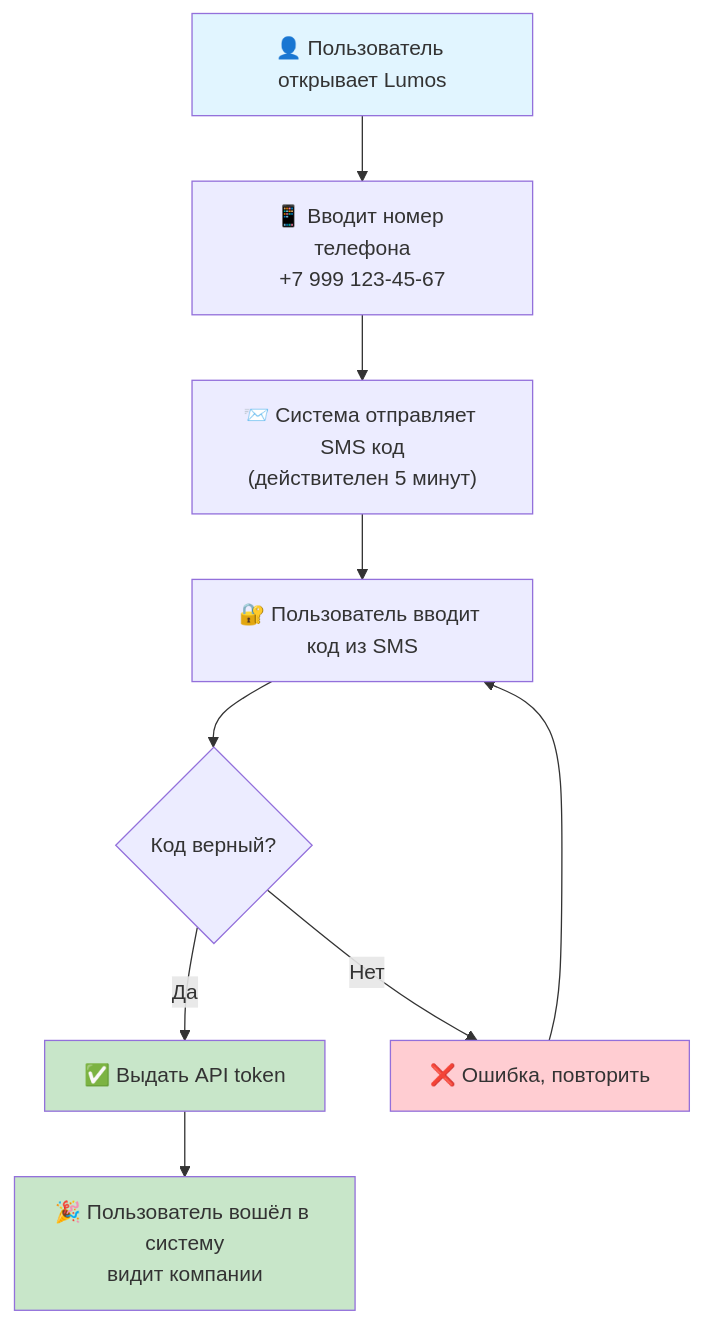
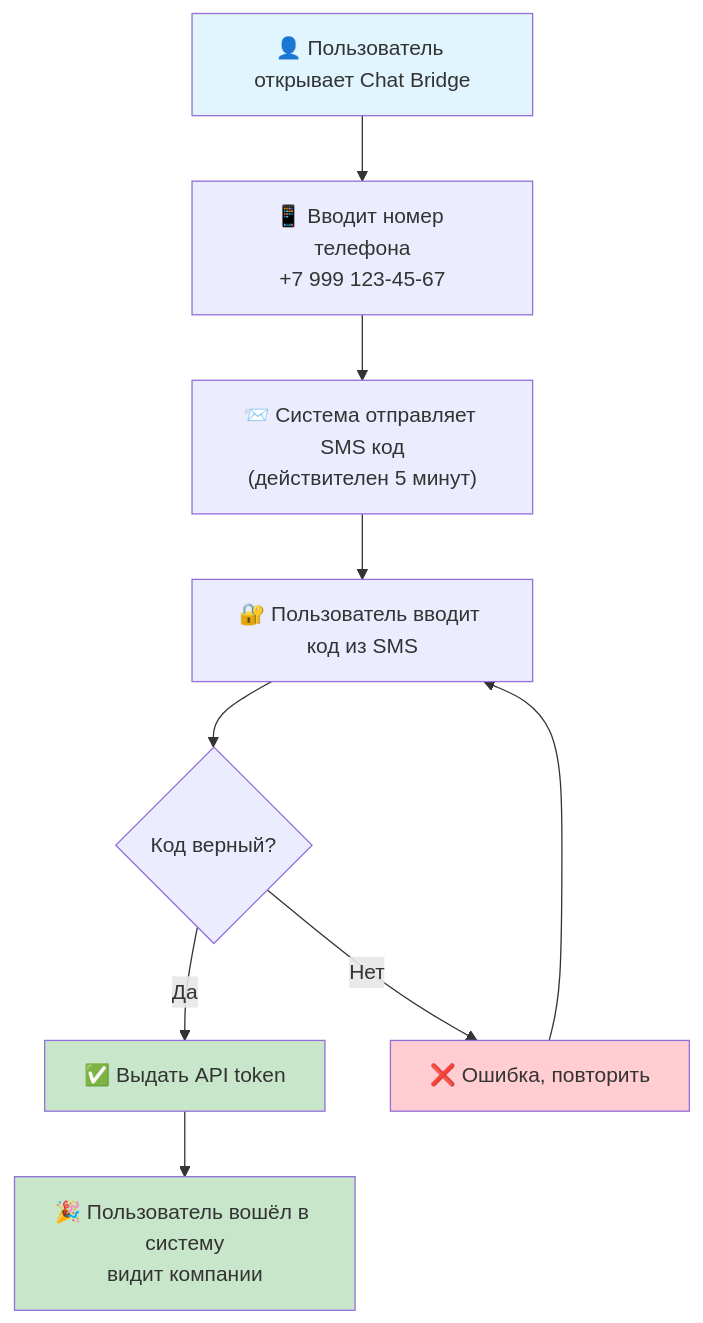
The first of 9 diagrams in diagrammy-i-skhemy.mdx (mcandylab/mintlify-docs), drawn with Mermaid before and after one commit. The commit also changed other lines of this file, not shown here.

````diff
--- a/diagrammy-i-skhemy.mdx
+++ b/diagrammy-i-skhemy.mdx
@@ -9,16 +8,16 @@
 ```mermaid
 flowchart TD
-    A["👤 Пользователь открывает Lumos"] --> B["📱 Вводит номер телефона<br/>+7 999 123-45-67"]
+    A["👤 Пользователь открывает Chat Bridge"] --> B["📱 Вводит номер телефона<br/>+7 999 123-45-67"]
     B --> C["📨 Система отправляет SMS код<br/>(действителен 5 минут)"]
     C --> D["🔐 Пользователь вводит код из SMS"]
     D --> E{"Код верный?"}
     E -->|Да| F["✅ Выдать API token"]
     E -->|Нет| G["❌ Ошибка, повторить"]
     G --> D
     F --> H["🎉 Пользователь вошёл в систему<br/>видит компании"]
 
     style A fill:#e1f5ff
     style F fill:#c8e6c9
     style G fill:#ffcdd2
     style H fill:#c8e6c9
 ```
````
